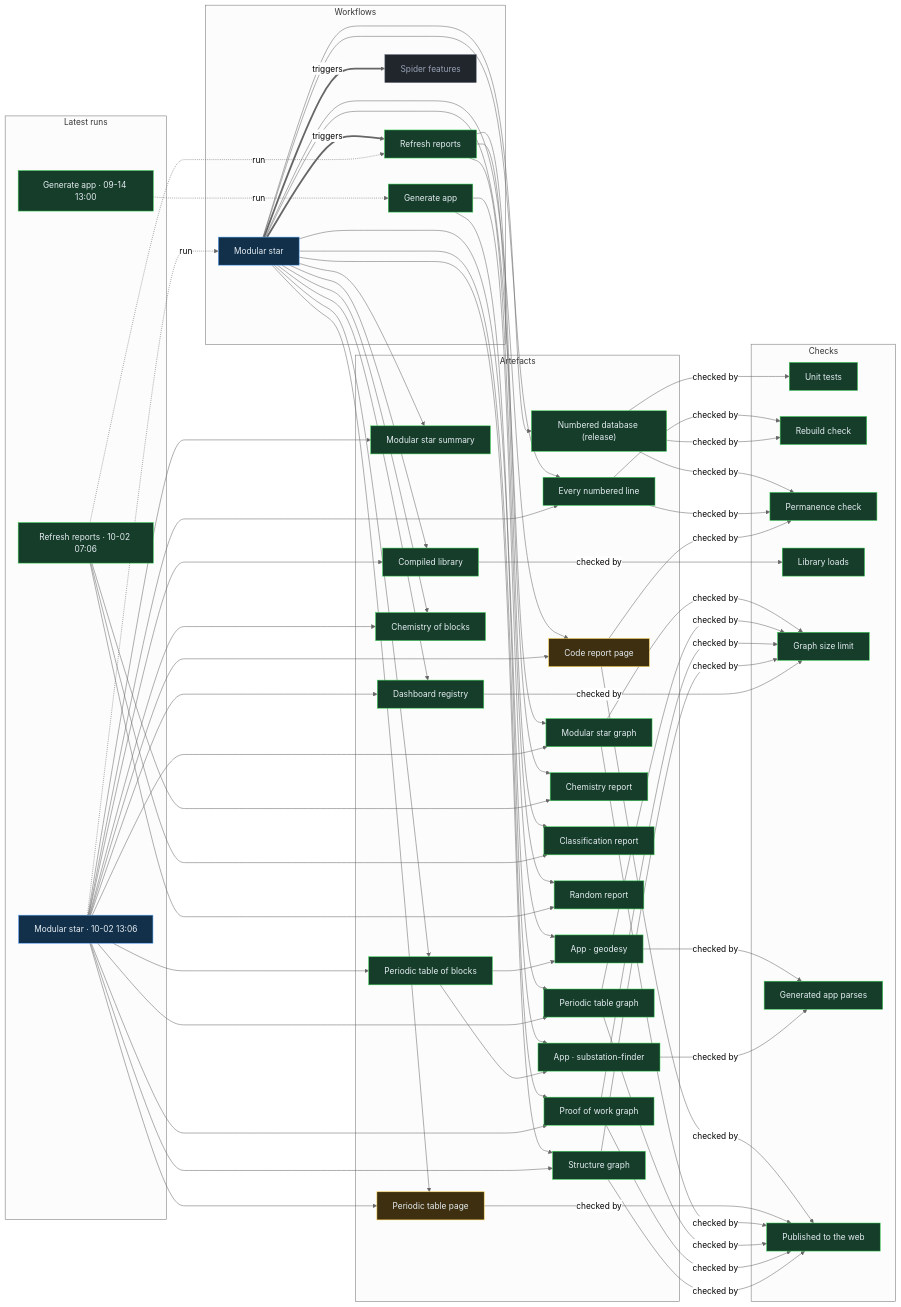
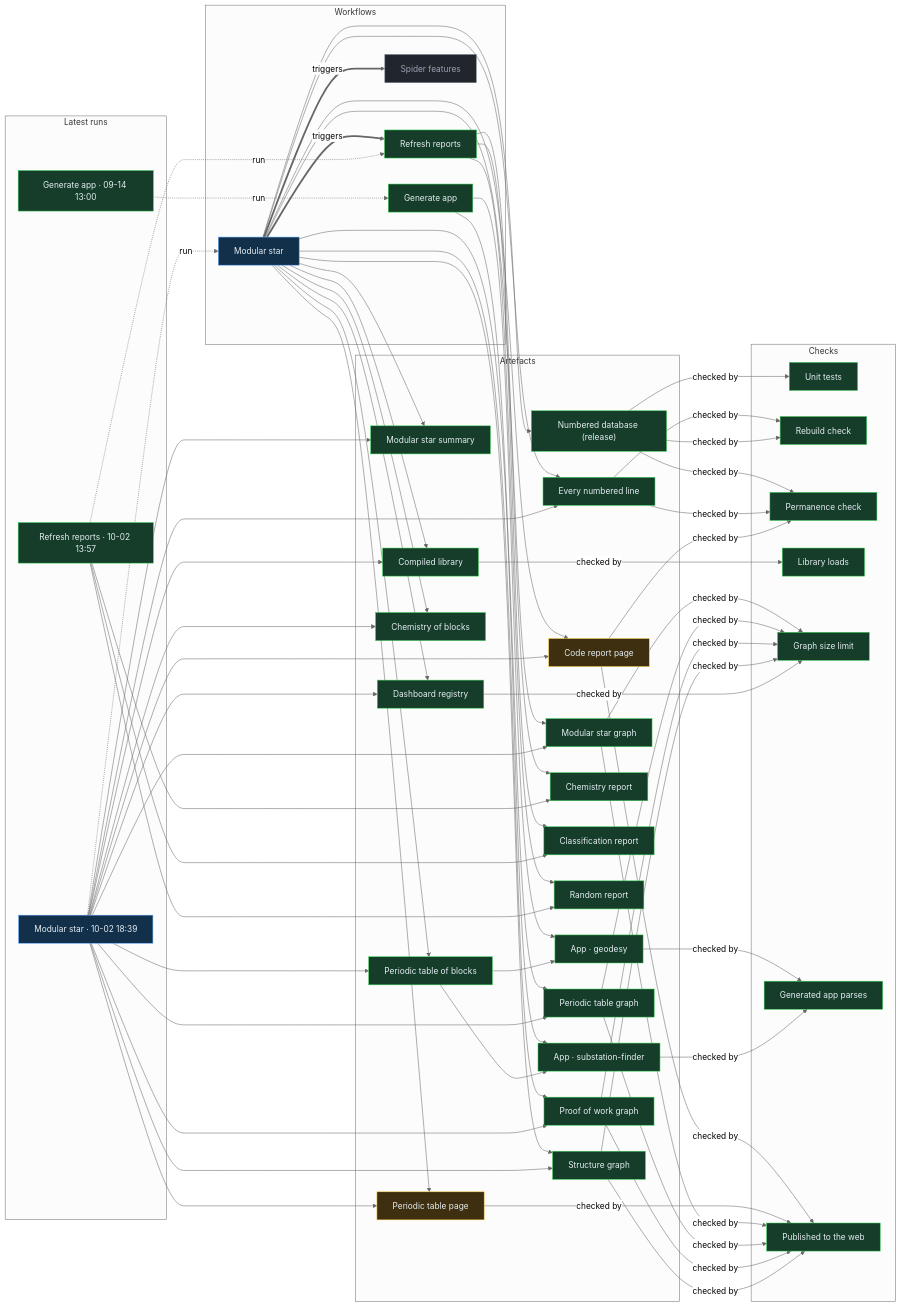
One commit to Ventusltd/stars changed the diagram in proof/PROOF.md. Above: the diagram before and after it, drawn with Mermaid (neutral theme). The commit also changed other lines of this file and 34 other files, not shown here.

Commit message:
Modular star 2026-10-02T18:42Z

```diff
--- a/proof/PROOF.md
+++ b/proof/PROOF.md
@@ -24,8 +24,8 @@
   n_wf_spider_features["Spider features"]:::off
   end
   subgraph g_runs["Latest runs"]
-  n_run_37010863127["Modular star · 10-02 13:06"]:::live
-  n_run_36976829670["Refresh reports · 10-02 07:06"]:::ok
+  n_run_37048959740["Modular star · 10-02 18:39"]:::live
+  n_run_37016541206["Refresh reports · 10-02 13:57"]:::ok
   n_run_34846587798["Generate app · 09-14 13:00"]:::ok
   end
   subgraph g_artefacts["Artefacts"]
@@ -59,39 +59,39 @@
   end
   n_wf_modular_star == triggers ==> n_wf_refresh
   n_wf_modular_star == triggers ==> n_wf_spider_features
-  n_run_37010863127 -. run .-> n_wf_modular_star
-  n_run_36976829670 -. run .-> n_wf_refresh
+  n_run_37048959740 -. run .-> n_wf_modular_star
+  n_run_37016541206 -. run .-> n_wf_refresh
   n_run_34846587798 -. run .-> n_wf_generate
   n_wf_modular_star --> n_art_summary
-  n_run_37010863127 --> n_art_summary
+  n_run_37048959740 --> n_art_summary
   n_wf_modular_star --> n_art_lines
-  n_run_37010863127 --> n_art_lines
+  n_run_37048959740 --> n_art_lines
   n_wf_modular_star --> n_art_code
-  n_run_37010863127 --> n_art_code
+  n_run_37048959740 --> n_art_code
   n_wf_modular_star --> n_art_modular_graph
-  n_run_37010863127 --> n_art_modular_graph
+  n_run_37048959740 --> n_art_modular_graph
   n_wf_modular_star --> n_art_blocks
-  n_run_37010863127 --> n_art_blocks
+  n_run_37048959740 --> n_art_blocks
   n_wf_modular_star --> n_art_table
-  n_run_37010863127 --> n_art_table
+  n_run_37048959740 --> n_art_table
   n_wf_modular_star --> n_art_blocks_graph
-  n_run_37010863127 --> n_art_blocks_graph
+  n_run_37048959740 --> n_art_blocks_graph
   n_wf_modular_star --> n_art_reactions
-  n_run_37010863127 --> n_art_reactions
+  n_run_37048959740 --> n_art_reactions
   n_wf_modular_star --> n_art_library
-  n_run_37010863127 --> n_art_library
+  n_run_37048959740 --> n_art_library
   n_wf_modular_star --> n_art_features
-  n_run_37010863127 --> n_art_features
+  n_run_37048959740 --> n_art_features
   n_wf_modular_star --> n_art_proof
-  n_run_37010863127 --> n_art_proof
+  n_run_37048959740 --> n_art_proof
   n_wf_modular_star --> n_art_structure
-  n_run_37010863127 --> n_art_structure
+  n_run_37048959740 --> n_art_structure
   n_wf_refresh --> n_art_chemistry
-  n_run_36976829670 --> n_art_chemistry
+  n_run_37016541206 --> n_art_chemistry
   n_wf_refresh --> n_art_vedic
-  n_run_36976829670 --> n_art_vedic
+  n_run_37016541206 --> n_art_vedic
   n_wf_refresh --> n_art_random
-  n_run_36976829670 --> n_art_random
+  n_run_37016541206 --> n_art_random
   n_wf_modular_star --> n_art_release
   n_wf_generate --> n_app_geodesy
   n_art_blocks --> n_app_geodesy
```
